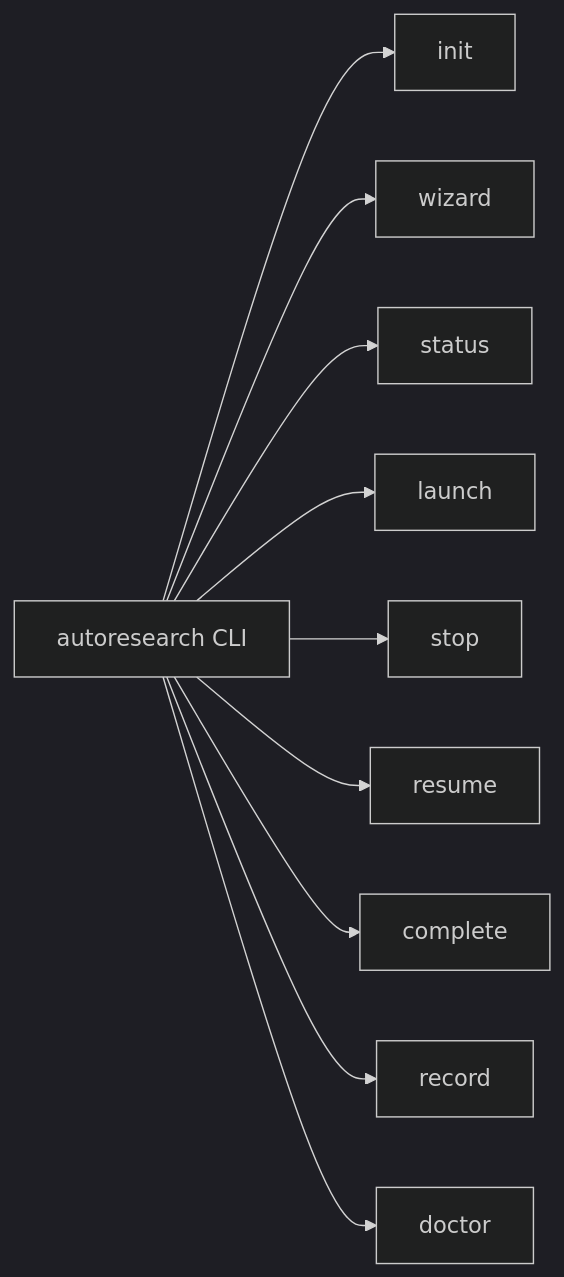
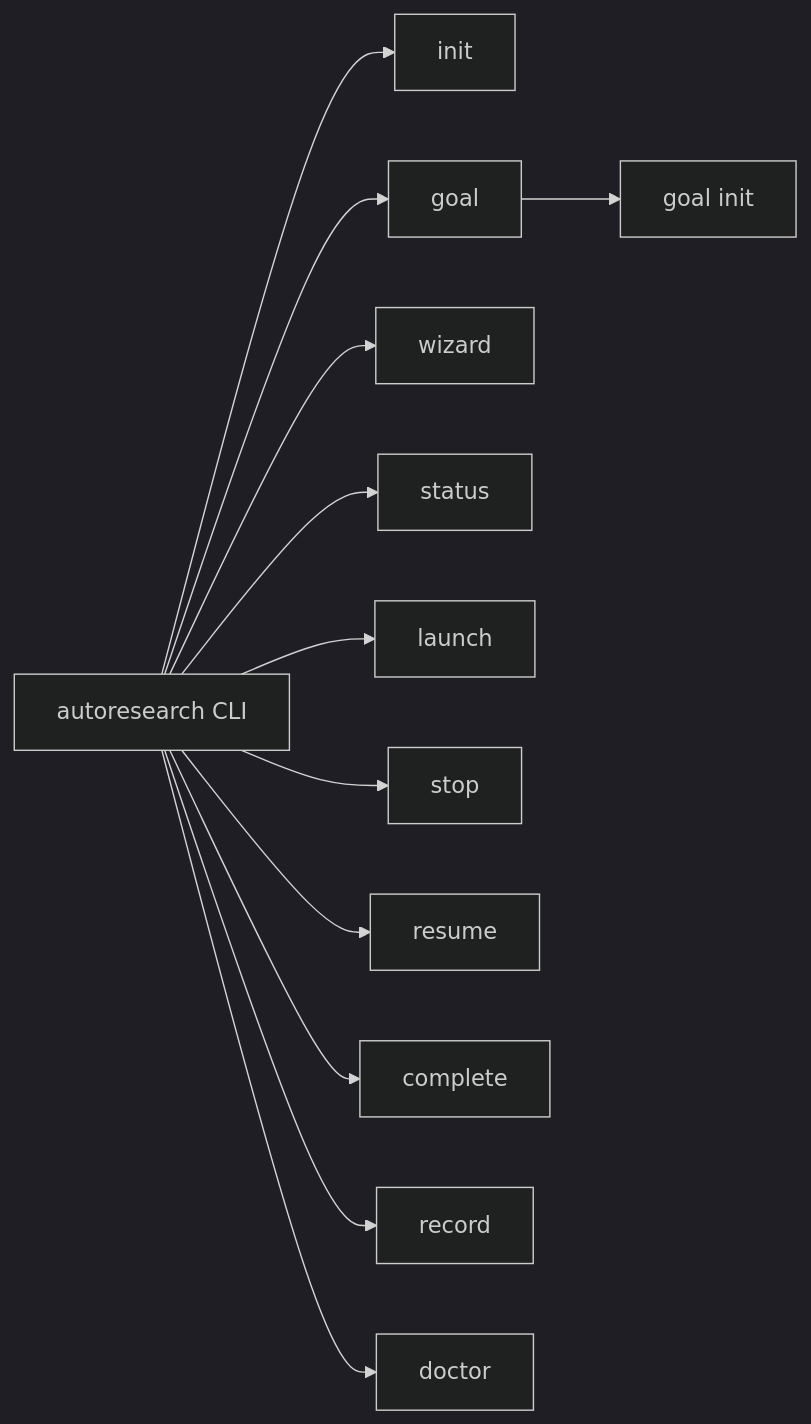
The second of 4 diagrams in wiki/Commands.md (Maleick/AutoResearch), drawn with Mermaid (dark theme) before and after one commit. The commit also changed other lines of this file and 7 other files, not shown here.

First line of the commit message:
feat: add autoresearch goal init interactive command

````diff
--- a/wiki/Commands.md
+++ b/wiki/Commands.md
@@ -110,12 +110,14 @@
 ```mermaid
 flowchart LR
     A[autoresearch CLI] --> B[init]
+    A --> GA[goal]
+    GA --> GI[goal init]
     A --> C[wizard]
     A --> D[status]
     A --> E[launch]
     A --> F[stop]
     A --> G[resume]
     A --> H[complete]
     A --> I[record]
     A --> J[doctor]
 ```
````
